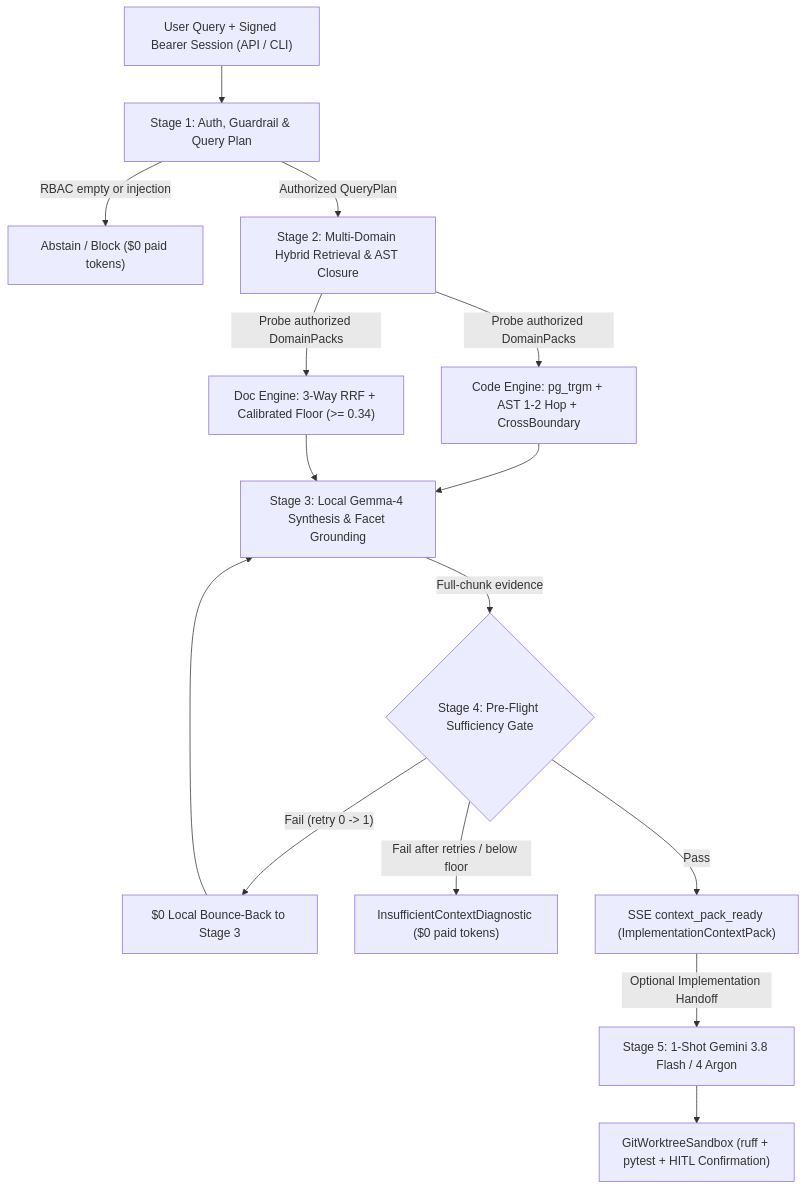
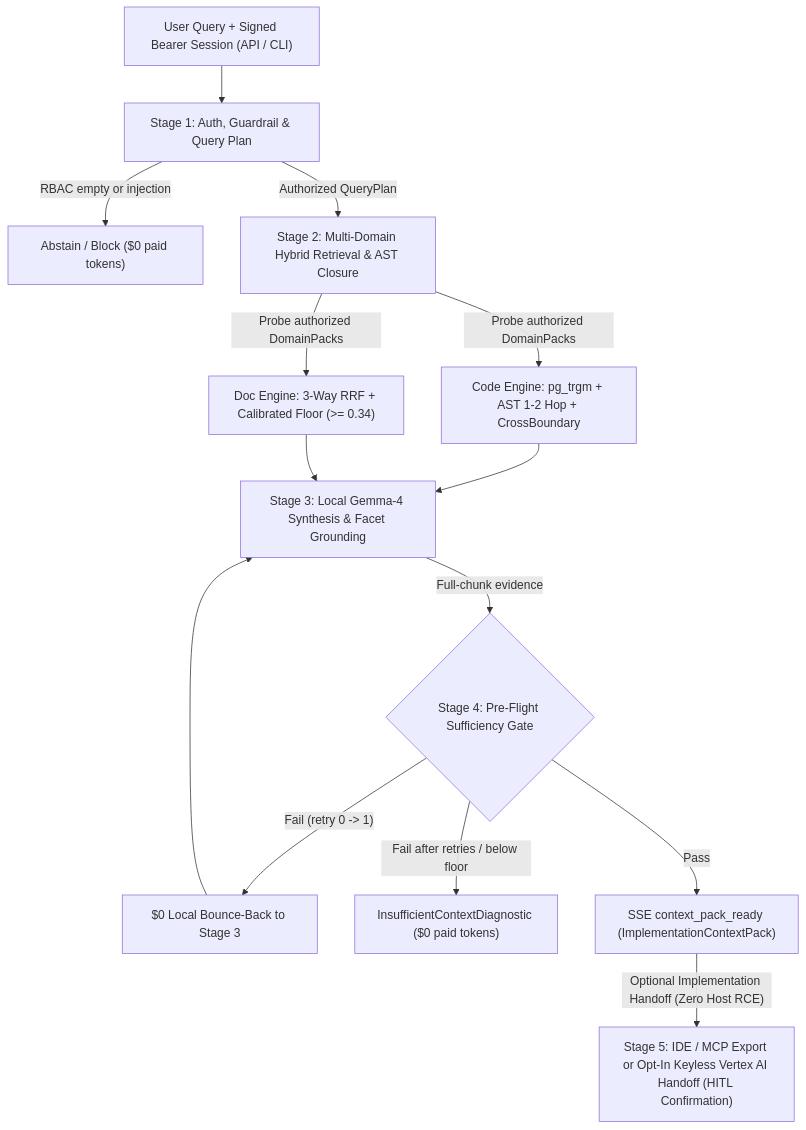
Before and after one commit to himanshu2408/enterprise-context-scout: the first of 2 diagrams in docs/ARCHITECTURE_DEEP_DIVE.md, drawn with Mermaid. The commit also changed other lines of this file and 450 other files, not shown here.

````diff
--- a/docs/ARCHITECTURE_DEEP_DIVE.md
+++ b/docs/ARCHITECTURE_DEEP_DIVE.md
@@ -9,17 +9,16 @@
 ```mermaid
 flowchart TD
     Req["User Query + Signed Bearer Session (API / CLI)"] --> S1["Stage 1: Auth, Guardrail & Query Plan"]
     S1 -->|"RBAC empty or injection"| Block["Abstain / Block ($0 paid tokens)"]
     S1 -->|"Authorized QueryPlan"| S2["Stage 2: Multi-Domain Hybrid Retrieval & AST Closure"]
     S2 -->|"Probe authorized DomainPacks"| CodePath["Code Engine: pg_trgm + AST 1-2 Hop + CrossBoundary"]
     S2 -->|"Probe authorized DomainPacks"| DocPath["Doc Engine: 3-Way RRF + Calibrated Floor (>= 0.34)"]
     CodePath --> S3["Stage 3: Local Gemma-4 Synthesis & Facet Grounding"]
     DocPath --> S3
     S3 -->|"Full-chunk evidence"| S4{"Stage 4: Pre-Flight Sufficiency Gate"}
     S4 -->|"Fail (retry 0 -> 1)"| Bounce["$0 Local Bounce-Back to Stage 3"]
     Bounce --> S3
     S4 -->|"Fail after retries / below floor"| Abstain["InsufficientContextDiagnostic ($0 paid tokens)"]
     S4 -->|"Pass"| Ready["SSE context_pack_ready (ImplementationContextPack)"]
-    Ready -->|"Optional Implementation Handoff"| S5["Stage 5: 1-Shot Gemini 3.8 Flash / 4 Argon"]
-    S5 --> WT["GitWorktreeSandbox (ruff + pytest + HITL Confirmation)"]
+    Ready -->|"Optional Implementation Handoff (Zero Host RCE)"| S5["Stage 5: IDE / MCP Export or Opt-In Keyless Vertex AI Handoff (HITL Confirmation)"]
 ```
````
